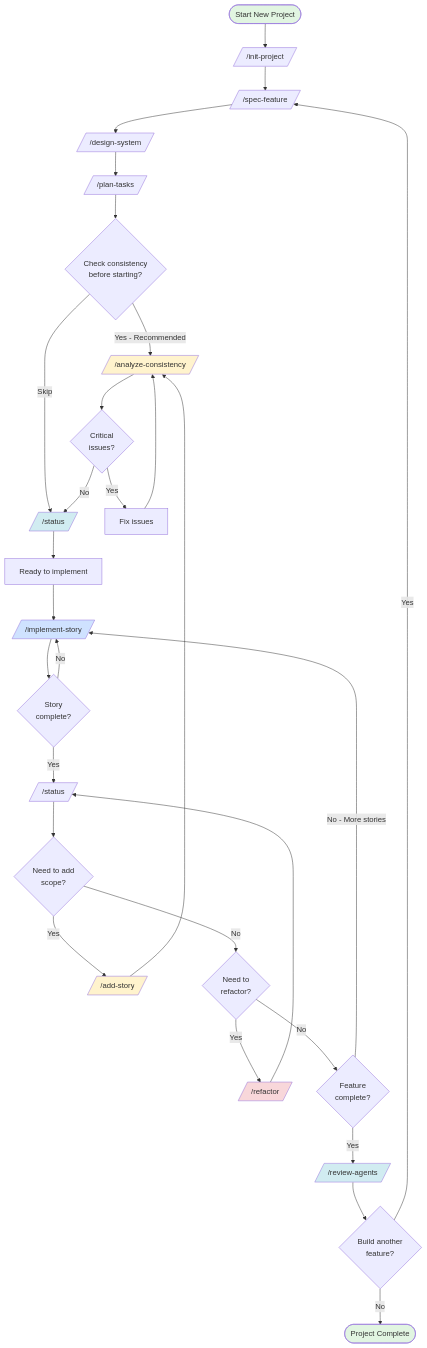
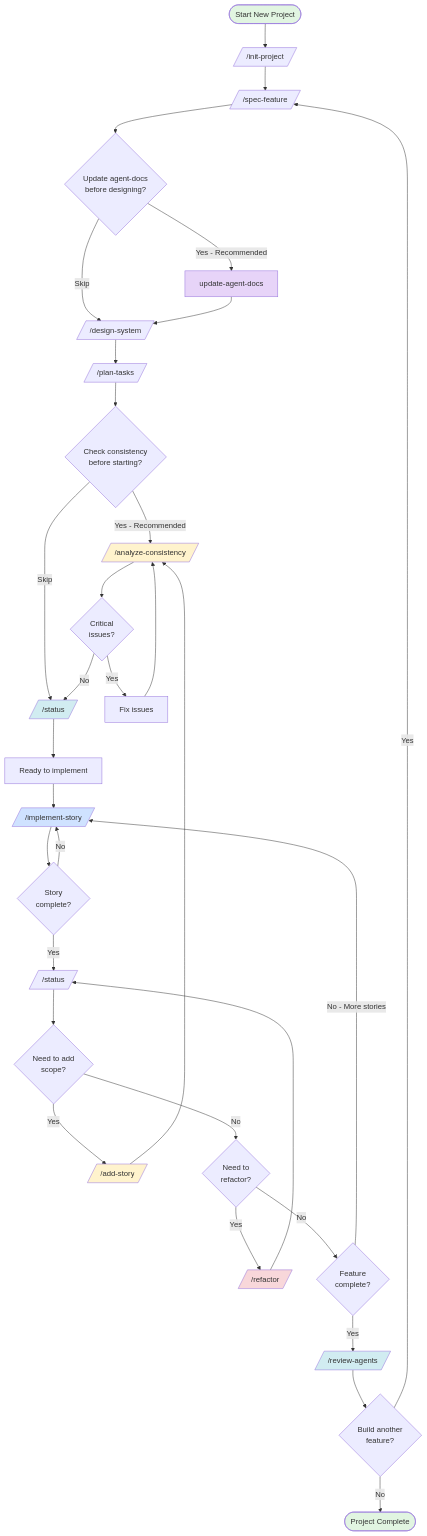
Before and after one commit to jonathan1440/iterative_llm_workflow: the diagram in README.md, drawn with Mermaid. The commit also changed other lines of this file and 9 other files, not shown here.

````diff
--- a/README.md
+++ b/README.md
@@ -48,51 +48,57 @@
 ```mermaid
 flowchart TD
     Start([Start New Project]) --> InitProject[//init-project/]
     InitProject --> SpecFeature[//spec-feature/]
     
-    SpecFeature --> Design[//design-system/]
+    SpecFeature --> UpdateDocs{Update agent-docs<br/>before designing?}
+    UpdateDocs -->|Yes - Recommended| UpdateAgentDocs[update-agent-docs]
+    UpdateDocs -->|Skip| Design
+    UpdateAgentDocs --> Design
+    
+    Design[//design-system/]
     Design --> PlanTasks[//plan-tasks/]
     
     PlanTasks --> CheckConsistency{Check consistency<br/>before starting?}
     CheckConsistency -->|Yes - Recommended| Analyze[//analyze-consistency/]
     CheckConsistency -->|Skip| StatusCheck
     Analyze --> FixIssues{Critical<br/>issues?}
     FixIssues -->|Yes| FixManually[Fix issues]
     FixManually --> Analyze
     FixIssues -->|No| StatusCheck
     
     StatusCheck[//status/]
     StatusCheck --> ReadyToImplement[Ready to implement]
     
     ReadyToImplement --> Implement[//implement-story/]
     Implement --> StoryComplete{Story<br/>complete?}
     
     StoryComplete -->|No| Implement
     StoryComplete -->|Yes| TrackProgress[//status/]
     
     TrackProgress --> NeedScope{Need to add<br/>scope?}
     NeedScope -->|Yes| AddStory[//add-story/]
     AddStory --> Analyze
     
     NeedScope -->|No| NeedRefactor{Need to<br/>refactor?}
     NeedRefactor -->|Yes| Refactor[//refactor/]
     Refactor --> TrackProgress
     
     NeedRefactor -->|No| FeatureComplete{Feature<br/>complete?}
     
     FeatureComplete -->|No - More stories| Implement
     FeatureComplete -->|Yes| Review[//review-agents/]
     
     Review --> NextFeature{Build another<br/>feature?}
     NextFeature -->|Yes| SpecFeature
     NextFeature -->|No| Done([Project Complete])
     
     style Start fill:#e1f5e1
     style Done fill:#e1f5e1
     style Analyze fill:#fff3cd
     style AddStory fill:#fff3cd
     style Refactor fill:#f8d7da
     style Review fill:#d1ecf1
     style StatusCheck fill:#d1ecf1
     style Implement fill:#cfe2ff
+    style UpdateAgentDocs fill:#e7d4f8
 ```
````
